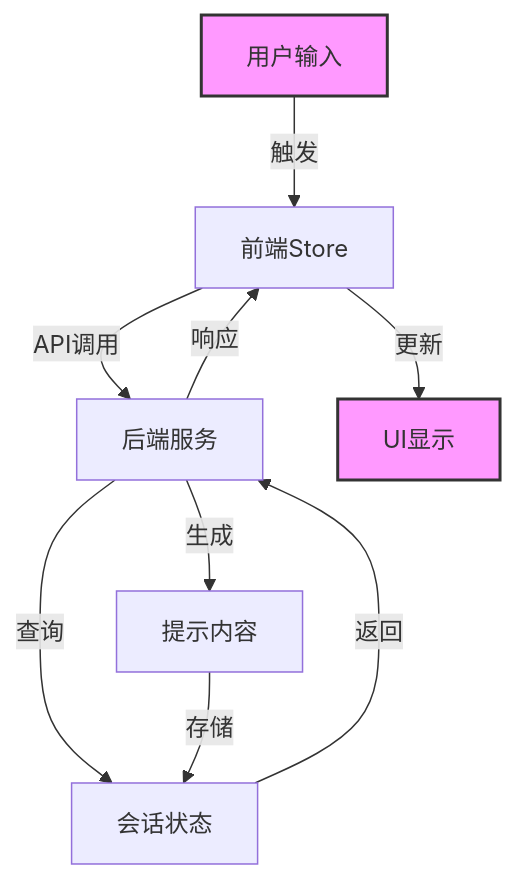
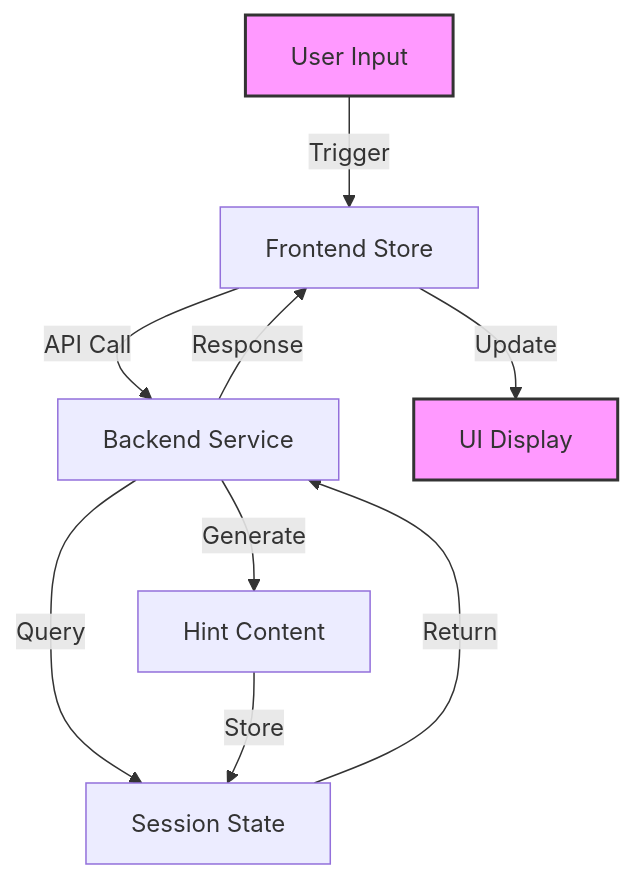
Before and after one commit to CHANHaochengZhang/chatexaminer: the seventh of 7 diagrams in docs/api.md, drawn with Mermaid. The commit also changed other lines of this file and 13 other files, not shown here.

````diff
--- a/docs/api.md
+++ b/docs/api.md
@@ -602,14 +602,14 @@
 ```mermaid
 graph TD
-    A[用户输入] -->|触发| B[前端Store]
-    B -->|API调用| C[后端服务]
-    C -->|查询| D[会话状态]
-    C -->|生成| E[提示内容]
-    E -->|存储| D
-    D -->|返回| C
-    C -->|响应| B
-    B -->|更新| F[UI显示]
+    A[User Input] -->|Trigger| B[Frontend Store]
+    B -->|API Call| C[Backend Service]
+    C -->|Query| D[Session State]
+    C -->|Generate| E[Hint Content]
+    E -->|Store| D
+    D -->|Return| C
+    C -->|Response| B
+    B -->|Update| F[UI Display]
 
     style A fill:#f9f,stroke:#333,stroke-width:2px
     style F fill:#f9f,stroke:#333,stroke-width:2px
 ```
````
